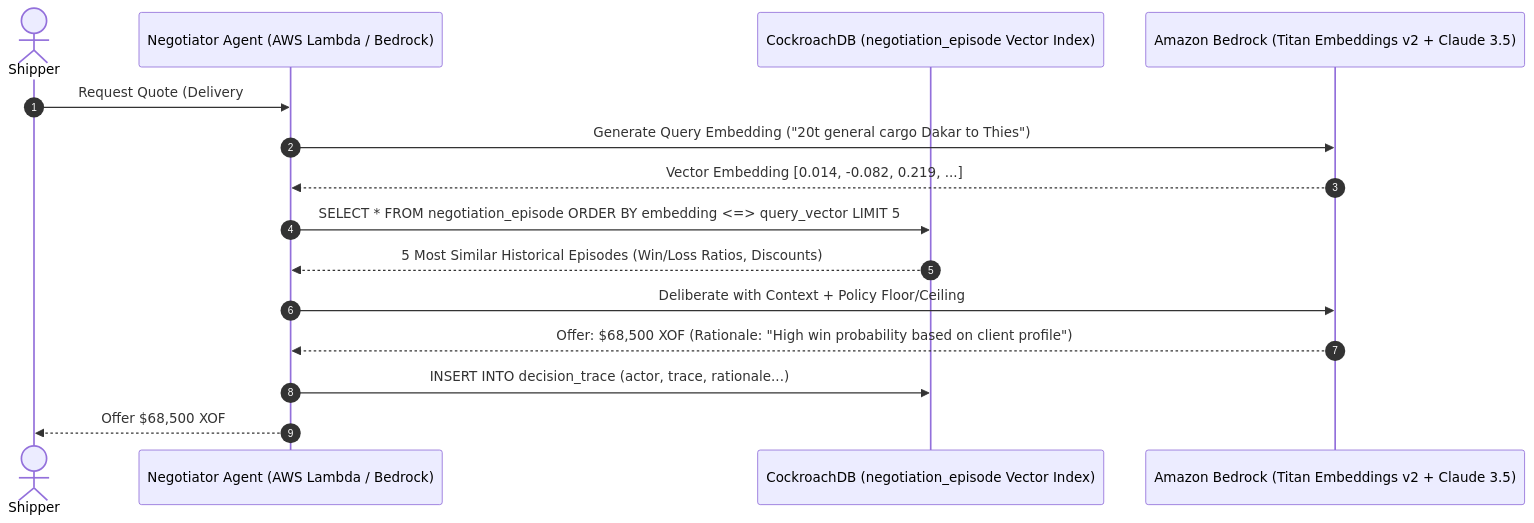
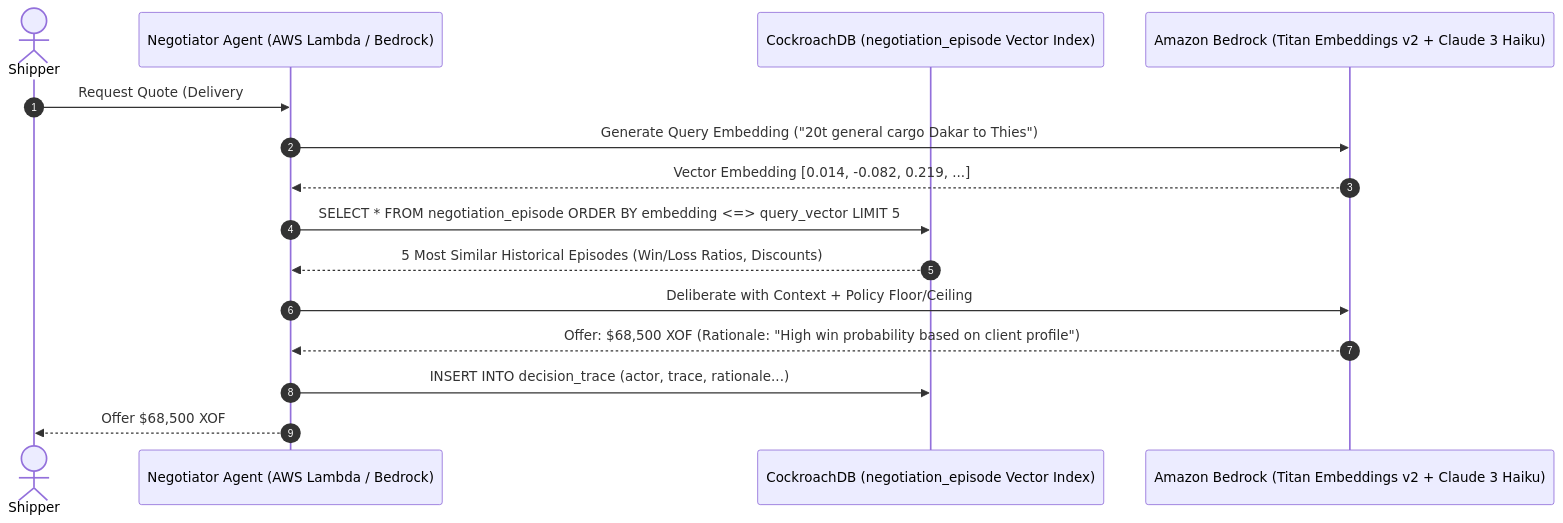
One commit to iohaus/dakar.doc changed the fourth of 5 diagrams in demo-commentary.md. Above: the diagram before and after it, drawn with Mermaid. The commit also changed other lines of this file and 2 other files, not shown here.

````diff
--- a/demo-commentary.md
+++ b/demo-commentary.md
@@ -183,18 +183,18 @@
 ```mermaid
 sequenceDiagram
     autonumber
     actor Client as Shipper
     participant Agent as Negotiator Agent (AWS Lambda / Bedrock)
     participant VectorDB as CockroachDB (negotiation_episode Vector Index)
-    participant Bedrock as Amazon Bedrock (Titan Embeddings v2 + Claude 3.5)
+    participant Bedrock as Amazon Bedrock (Titan Embeddings v2 + Claude 3 Haiku)
 
     Client->>Agent: Request Quote (Delivery #882, Freight: 20t, Lane: Dakar->Thies)
     Agent->>Bedrock: Generate Query Embedding ("20t general cargo Dakar to Thies")
     Bedrock-->>Agent: Vector Embedding [0.014, -0.082, 0.219, ...]
     Agent->>VectorDB: SELECT * FROM negotiation_episode ORDER BY embedding <=> query_vector LIMIT 5
     VectorDB-->>Agent: 5 Most Similar Historical Episodes (Win/Loss Ratios, Discounts)
     Agent->>Bedrock: Deliberate with Context + Policy Floor/Ceiling
     Bedrock-->>Agent: Offer: $68,500 XOF (Rationale: "High win probability based on client profile")
     Agent->>VectorDB: INSERT INTO decision_trace (actor, trace, rationale...)
     Agent-->>Client: Offer $68,500 XOF
 ```
````
